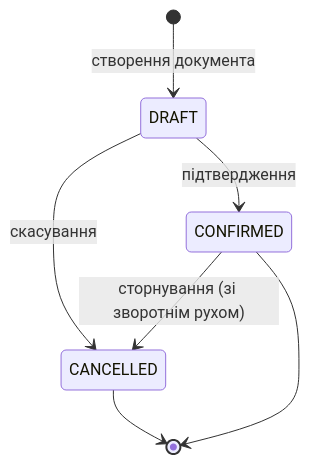
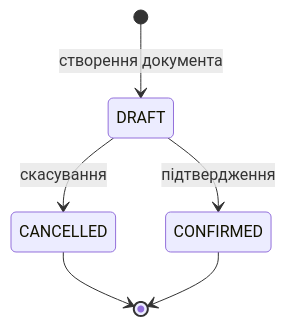
One commit to maximkozlovskiy/STO_ERP changed the fourth of 5 diagrams in docs/architecture/FSM.md. Above: the diagram before and after it, drawn with Mermaid. The commit also changed other lines of this file and 10 other files, not shown here.

````diff
--- a/docs/architecture/FSM.md
+++ b/docs/architecture/FSM.md
@@ -195,11 +195,10 @@
 ```mermaid
 stateDiagram-v2
     [*] --> DRAFT : створення документа
 
     DRAFT --> CONFIRMED : підтвердження
     DRAFT --> CANCELLED : скасування
 
-    CONFIRMED --> CANCELLED : сторнування (зі зворотнім рухом)
     CANCELLED --> [*]
     CONFIRMED --> [*]
 ```
````
